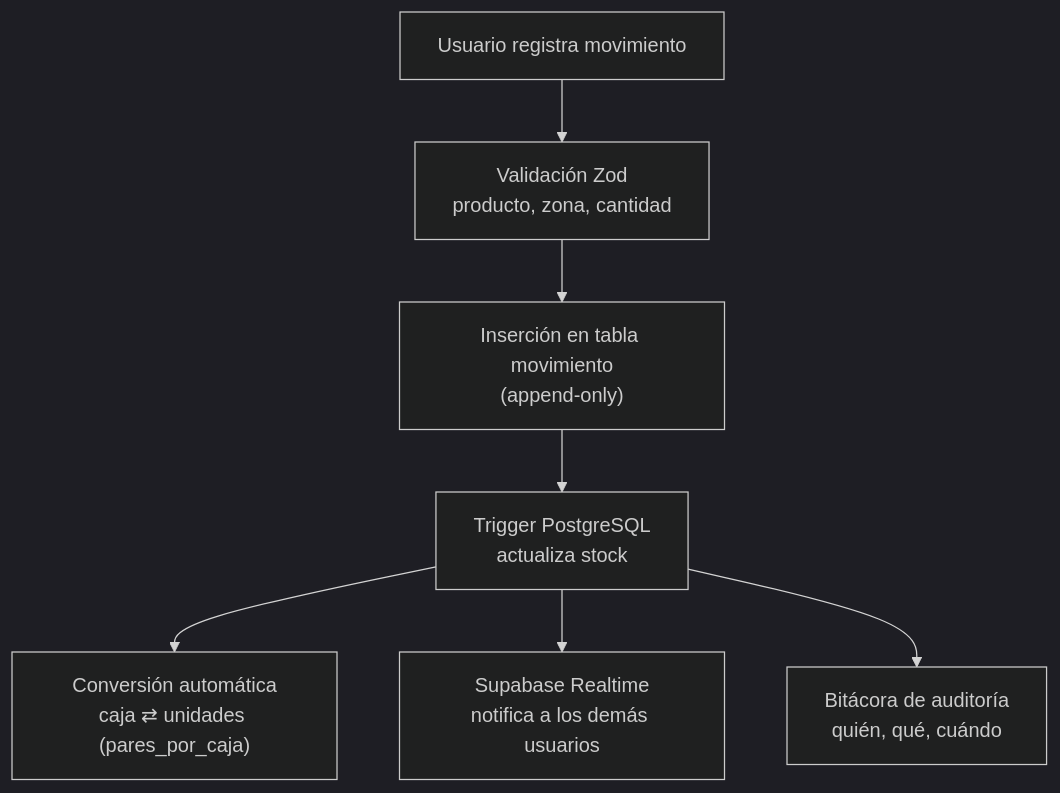
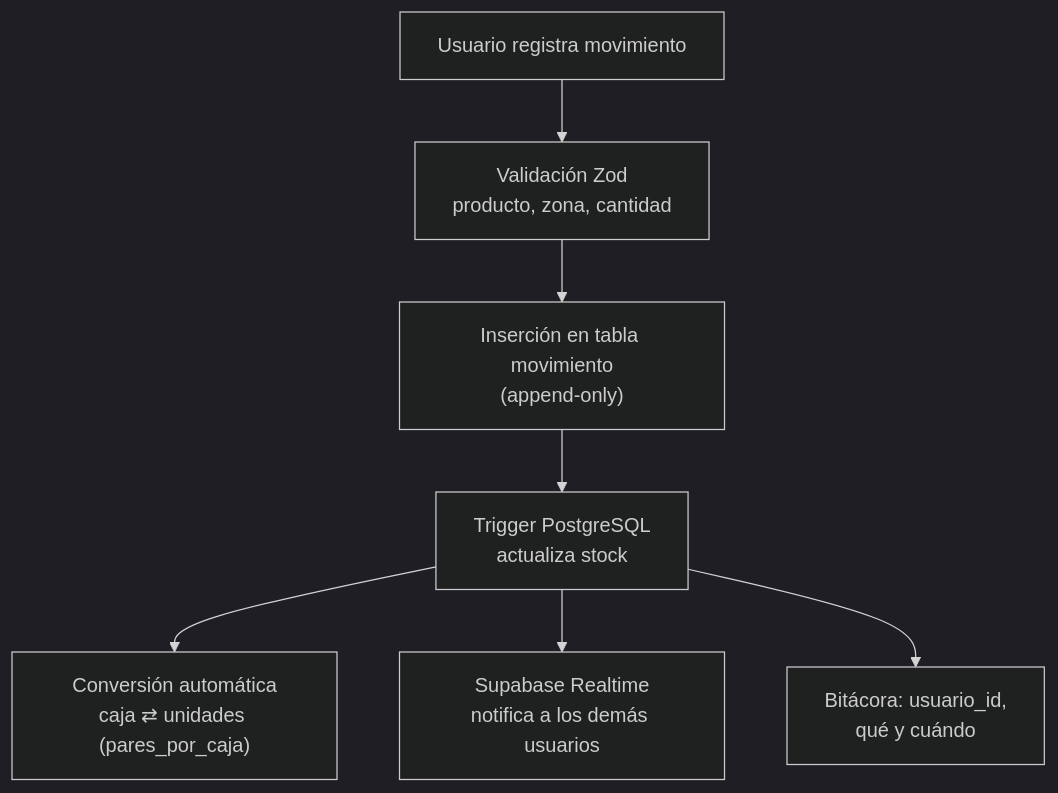
Before and after one commit to dynamiccoding01/hongteng-prueba: the third of 7 diagrams in FLUJO.md, drawn with Mermaid (dark theme). The commit also changed other lines of this file and 18 other files, not shown here.

````diff
--- a/FLUJO.md
+++ b/FLUJO.md
@@ -31,9 +31,9 @@
 ```mermaid
 flowchart TD
     M["Usuario registra movimiento"] --> V["Validación Zod<br/>producto, zona, cantidad"]
     V --> T["Inserción en tabla movimiento<br/>(append-only)"]
     T --> TR["Trigger PostgreSQL<br/>actualiza stock"]
     TR --> CV["Conversión automática<br/>caja ⇄ unidades (pares_por_caja)"]
     TR --> RT["Supabase Realtime<br/>notifica a los demás usuarios"]
-    TR --> AU["Bitácora de auditoría<br/>quién, qué, cuándo"]
+    TR --> AU["Bitácora: usuario_id,<br/>qué y cuándo"]
 ```
````
